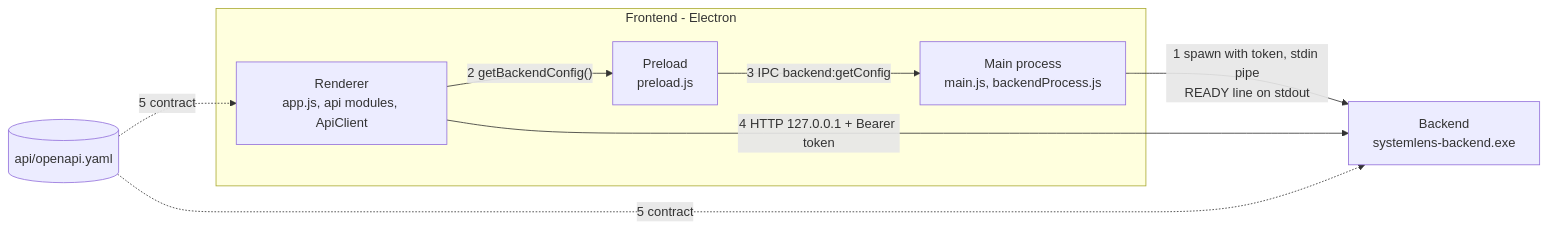
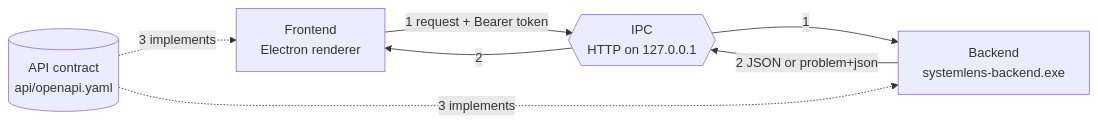
One commit to hoanglong1412/SystemLens changed the seventh of 9 diagrams in docs/design/RQ001_CoreProject/RQ001_HLD.md. Above: the diagram before and after it, drawn with Mermaid. The commit also changed other lines of this file and 5 other files, not shown here.

````diff
--- a/docs/design/RQ001_CoreProject/RQ001_HLD.md
+++ b/docs/design/RQ001_CoreProject/RQ001_HLD.md
@@ -26,17 +213,14 @@
 ```mermaid
 flowchart LR
-    subgraph FE["Frontend - Electron"]
-        MAIN["Main process<br/>main.js, backendProcess.js"]
-        PRE["Preload<br/>preload.js"]
-        REN["Renderer<br/>app.js, api modules, ApiClient"]
-    end
+    FE["Frontend<br/>Electron renderer"]
+    IPC{{"IPC<br/>HTTP on 127.0.0.1"}}
     BE["Backend<br/>systemlens-backend.exe"]
-    OAS[("api/openapi.yaml")]
+    API[("API contract<br/>api/openapi.yaml")]
 
-    MAIN -- "1 spawn with token, stdin pipe<br/>READY line on stdout" --> BE
-    REN -- "2 getBackendConfig()" --> PRE
-    PRE -- "3 IPC backend:getConfig" --> MAIN
-    REN -- "4 HTTP 127.0.0.1 + Bearer token" --> BE
-    OAS -. "5 contract" .-> REN
-    OAS -. "5 contract" .-> BE
+    FE -- "1 request + Bearer token" --> IPC
+    IPC -- "1" --> BE
+    BE -- "2 JSON or problem+json" --> IPC
+    IPC -- "2" --> FE
+    API -. "3 implements" .-> FE
+    API -. "3 implements" .-> BE
 ```
````
